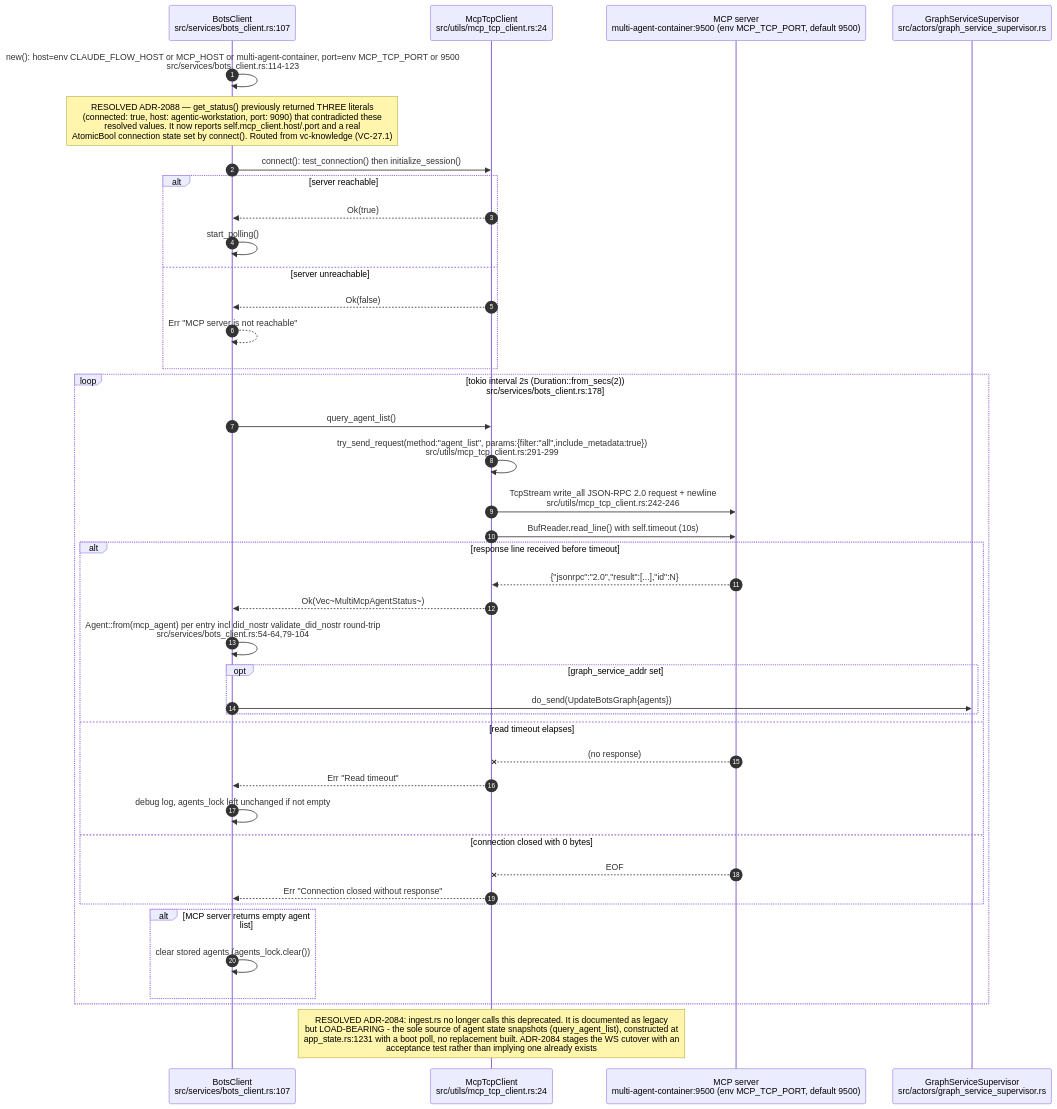
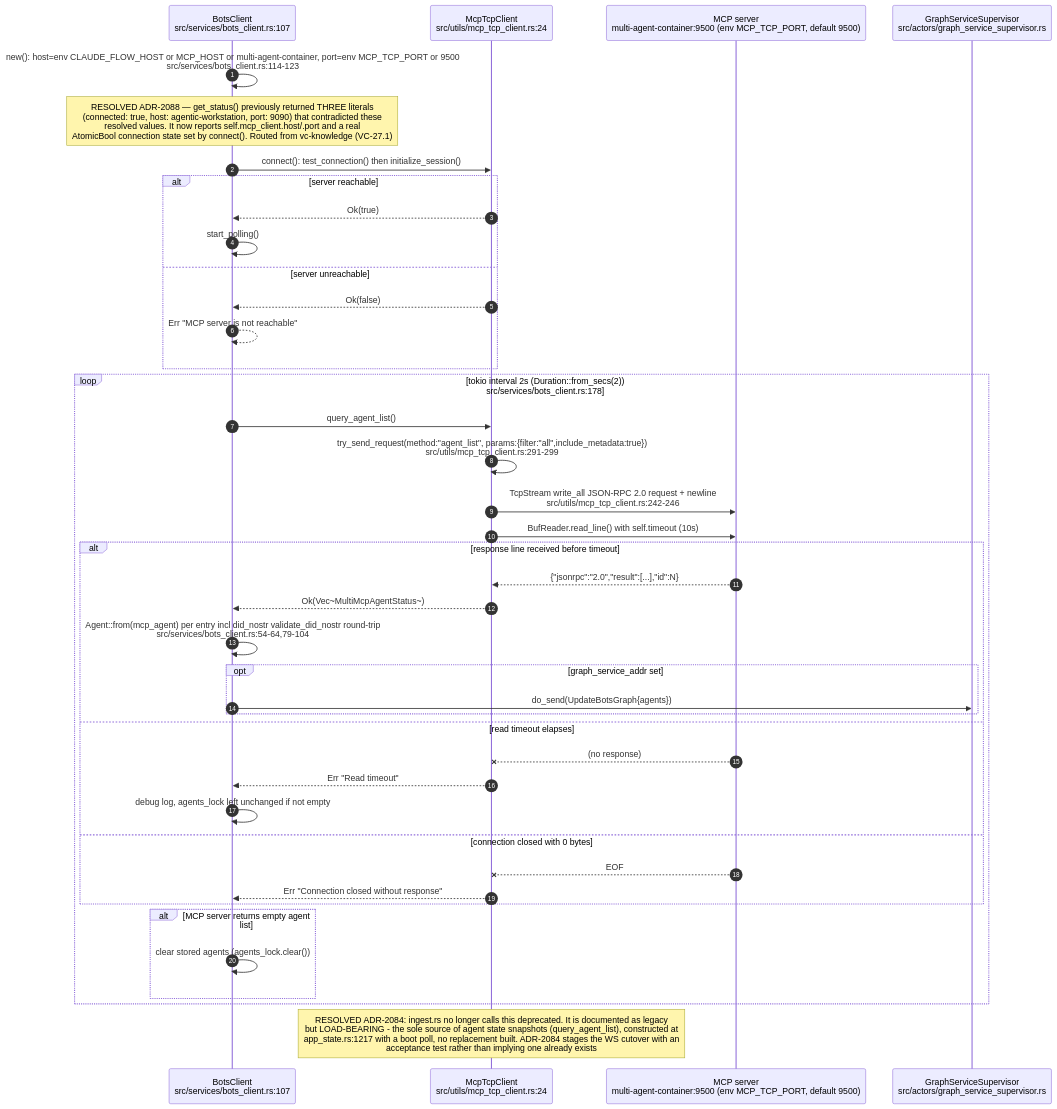
Before and after one commit to DreamLab-AI/VisionFlow: the eighth of 12 diagrams in docs/diagrams/estate/02-agent-events-agentbox-to-visionclaw.md, drawn with Mermaid. The commit also changed other lines of this file and 12 other files, not shown here.

````diff
--- a/docs/diagrams/estate/02-agent-events-agentbox-to-visionclaw.md
+++ b/docs/diagrams/estate/02-agent-events-agentbox-to-visionclaw.md
@@ -352,44 +355,44 @@
 ```mermaid
 sequenceDiagram
     autonumber
     participant BC as BotsClient<br/>src/services/bots_client.rs:107
     participant TCP as McpTcpClient<br/>src/utils/mcp_tcp_client.rs:24
     participant SRV as MCP server<br/>multi-agent-container:9500 (env MCP_TCP_PORT, default 9500)
     participant GSS as GraphServiceSupervisor<br/>src/actors/graph_service_supervisor.rs
 
     BC->>BC: new(): host=env CLAUDE_FLOW_HOST or MCP_HOST or multi-agent-container, port=env MCP_TCP_PORT or 9500<br/>src/services/bots_client.rs:114-123
     Note over BC: RESOLVED ADR-2088 — get_status() previously returned THREE literals<br/>(connected: true, host: agentic-workstation, port: 9090) that contradicted these<br/>resolved values. It now reports self.mcp_client.host/.port and a real<br/>AtomicBool connection state set by connect(). Routed from vc-knowledge (VC-27.1)
     BC->>TCP: connect(): test_connection() then initialize_session()
     alt server reachable
         TCP-->>BC: Ok(true)
         BC->>BC: start_polling()
     else server unreachable
         TCP-->>BC: Ok(false)
         BC-->>BC: Err "MCP server is not reachable"
     end
     loop tokio interval 2s (Duration::from_secs(2))<br/>src/services/bots_client.rs:178
         BC->>TCP: query_agent_list()
         TCP->>TCP: try_send_request(method:"agent_list", params:{filter:"all",include_metadata:true})<br/>src/utils/mcp_tcp_client.rs:291-299
         TCP->>SRV: TcpStream write_all JSON-RPC 2.0 request + newline<br/>src/utils/mcp_tcp_client.rs:242-246
         TCP->>SRV: BufReader.read_line() with self.timeout (10s)
         alt response line received before timeout
             SRV-->>TCP: {"jsonrpc":"2.0","result":[...],"id":N}
             TCP-->>BC: Ok(Vec~MultiMcpAgentStatus~)
             BC->>BC: Agent::from(mcp_agent) per entry incl did_nostr validate_did_nostr round-trip<br/>src/services/bots_client.rs:54-64,79-104
             opt graph_service_addr set
                 BC->>GSS: do_send(UpdateBotsGraph{agents})
             end
         else read timeout elapses
             SRV--xTCP: (no response)
             TCP-->>BC: Err "Read timeout"
             BC->>BC: debug log, agents_lock left unchanged if not empty
         else connection closed with 0 bytes
             SRV--xTCP: EOF
             TCP-->>BC: Err "Connection closed without response"
         end
         alt MCP server returns empty agent list
             BC->>BC: clear stored agents (agents_lock.clear())
         end
     end
-    Note over TCP: RESOLVED ADR-2084: ingest.rs no longer calls this deprecated. It is documented as legacy<br/>but LOAD-BEARING - the sole source of agent state snapshots (query_agent_list), constructed at<br/>app_state.rs:1231 with a boot poll, no replacement built. ADR-2084 stages the WS cutover with an<br/>acceptance test rather than implying one already exists
+    Note over TCP: RESOLVED ADR-2084: ingest.rs no longer calls this deprecated. It is documented as legacy<br/>but LOAD-BEARING - the sole source of agent state snapshots (query_agent_list), constructed at<br/>app_state.rs:1217 with a boot poll, no replacement built. ADR-2084 stages the WS cutover with an<br/>acceptance test rather than implying one already exists
 ```
````
